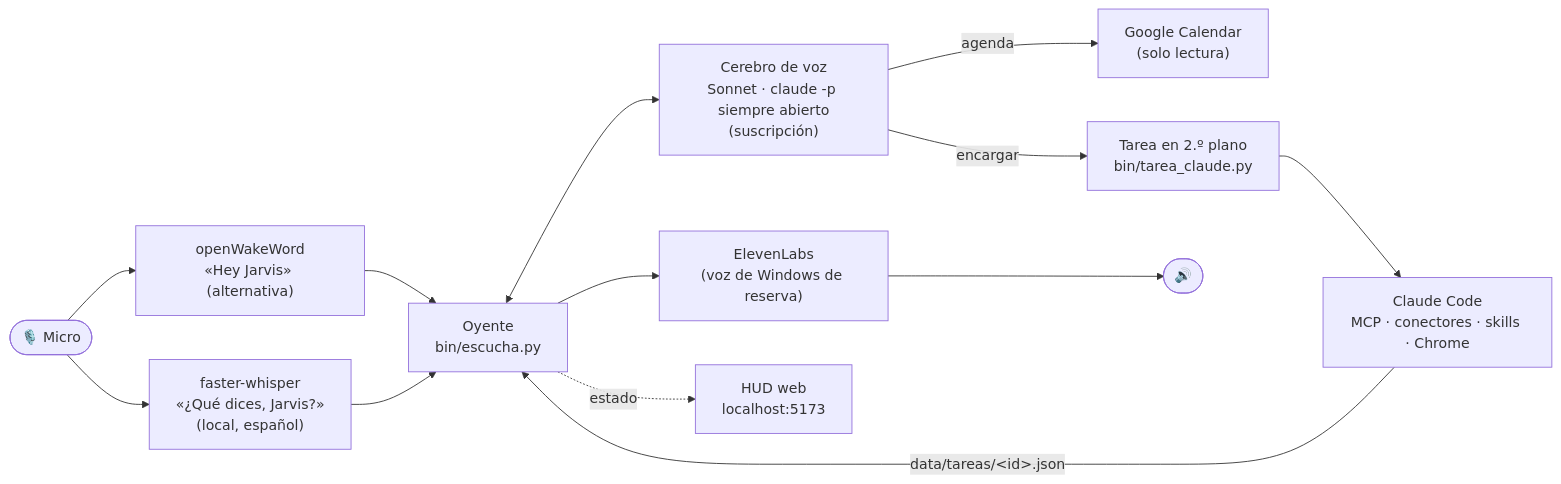
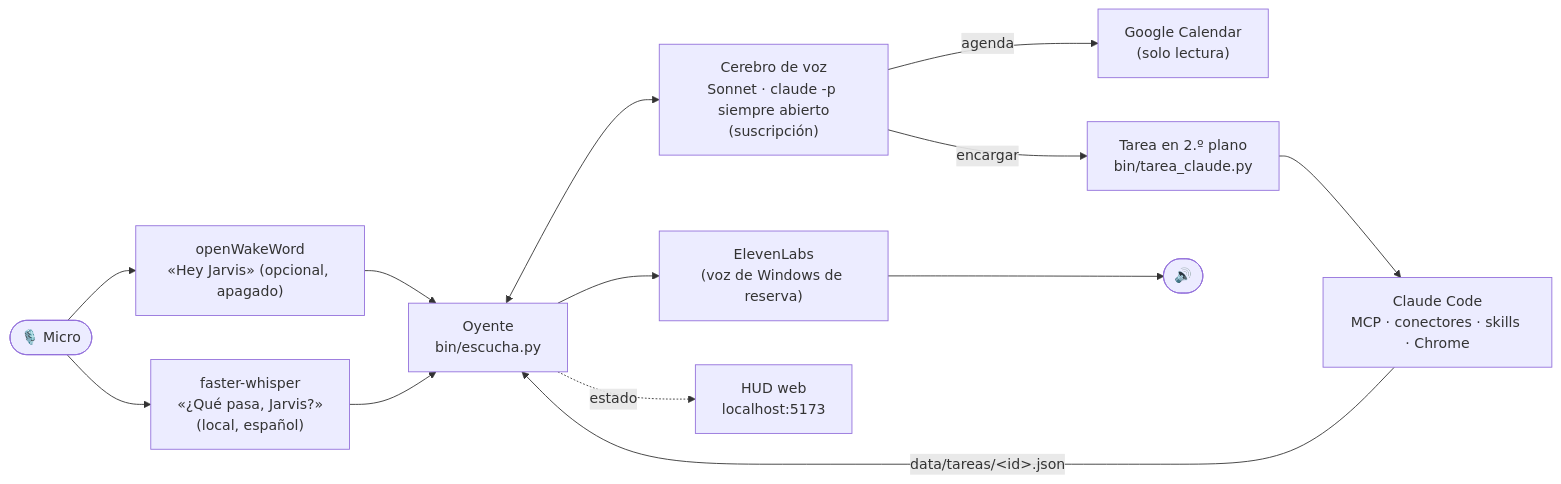
The diagram in README.md (ndoreste/jarvis-claude-voice), drawn with Mermaid before and after one commit. The commit also changed other lines of this file and 13 other files, not shown here.

First line of the commit message:
feat: despertar con «¿Qué pasa, Jarvis?», cancelación de eco y respuestas más rápidas

````diff
--- a/README.md
+++ b/README.md
@@ -36,15 +36,15 @@
 ```mermaid
 flowchart LR
-    MIC(["🎙️ Micro"]) --> WAKE["openWakeWord<br/>«Hey Jarvis» (alternativa)"]
-    MIC --> STT["faster-whisper<br/>«¿Qué dices, Jarvis?»<br/>(local, español)"]
+    MIC(["🎙️ Micro"]) --> WAKE["openWakeWord<br/>«Hey Jarvis» (opcional, apagado)"]
+    MIC --> STT["faster-whisper<br/>«¿Qué pasa, Jarvis?»<br/>(local, español)"]
     WAKE --> OYENTE
     STT --> OYENTE["Oyente<br/>bin/escucha.py"]
     OYENTE <--> CEREBRO["Cerebro de voz<br/>Sonnet · claude -p siempre abierto<br/>(suscripción)"]
     CEREBRO -- "agenda" --> CAL["Google Calendar<br/>(solo lectura)"]
     CEREBRO -- "encargar" --> TAREA["Tarea en 2.º plano<br/>bin/tarea_claude.py"]
     TAREA --> CC["Claude Code<br/>MCP · conectores · skills · Chrome"]
     CC -- "data/tareas/&lt;id&gt;.json" --> OYENTE
     OYENTE --> TTS["ElevenLabs<br/>(voz de Windows de reserva)"]
     TTS --> ALT(["🔊"])
     OYENTE -. estado .-> HUD["HUD web<br/>localhost:5173"]
 ```
````
